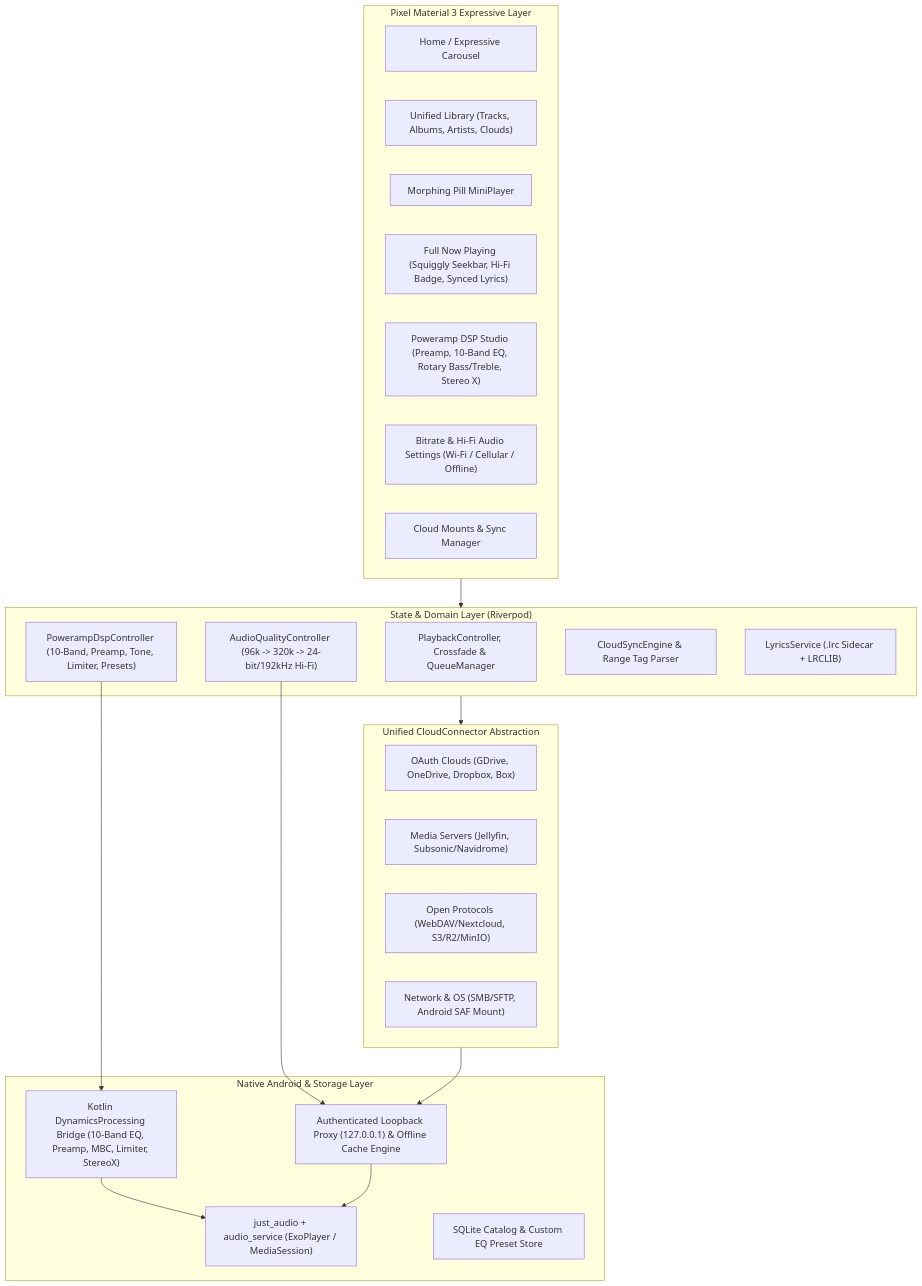
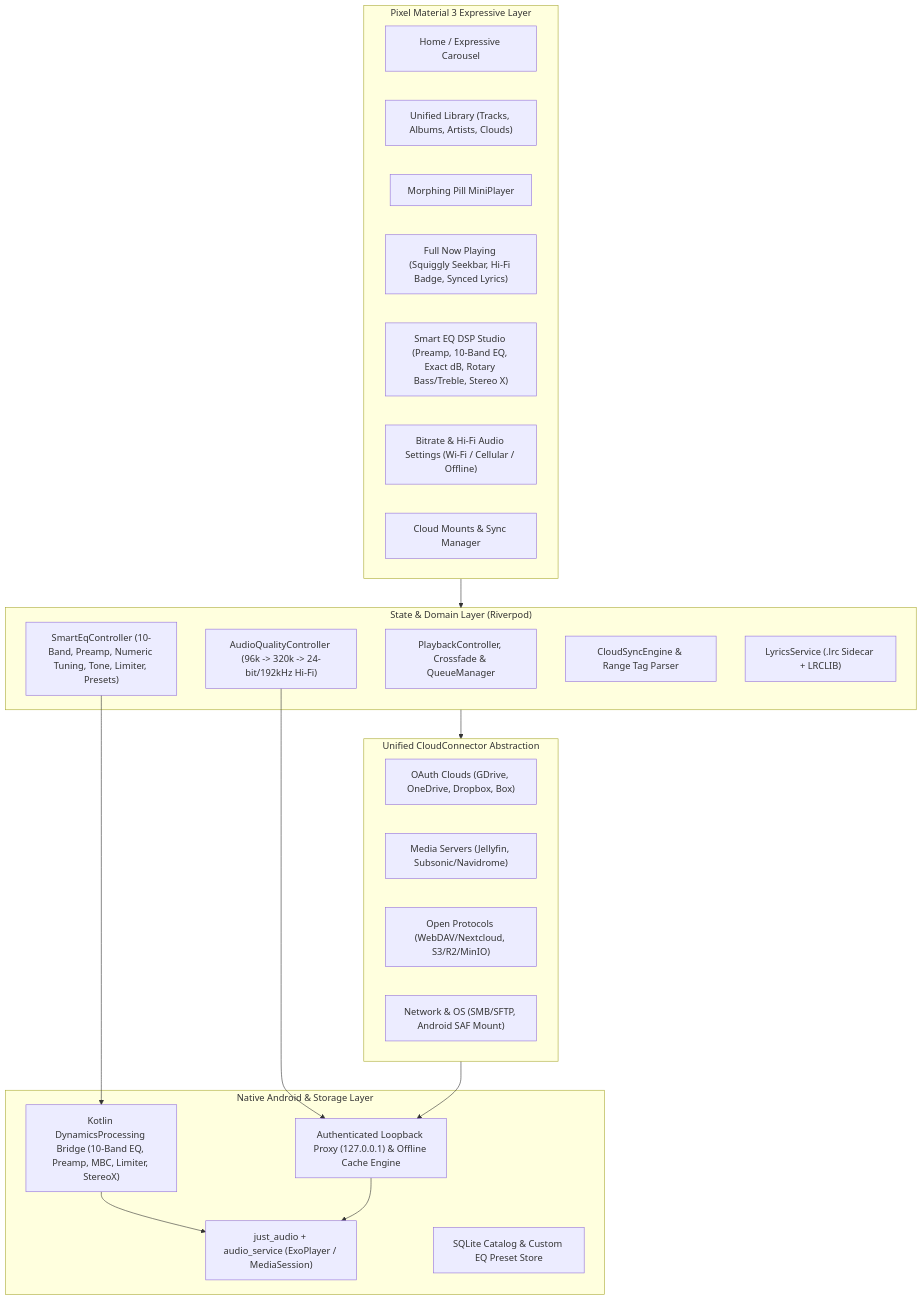
The first of 2 diagrams in EXECUTION_DOCUMENTATION.md (D3MONOXXIZZ/FreeBeat), drawn with Mermaid before and after one commit. The commit also changed other lines of this file and 21 other files, not shown here.

Commit message:
feat(smart-eq): fix preset selection visual bug, activate bass boost, rename Poweramp to Smart EQ, and add exact numeric tuning

````diff
--- a/EXECUTION_DOCUMENTATION.md
+++ b/EXECUTION_DOCUMENTATION.md
@@ -39,42 +39,42 @@
 ```mermaid
 flowchart TD
     subgraph UI["Pixel Material 3 Expressive Layer"]
         Home["Home / Expressive Carousel"]
         Lib["Unified Library (Tracks, Albums, Artists, Clouds)"]
         Mini["Morphing Pill MiniPlayer"]
         NowPlaying["Full Now Playing (Squiggly Seekbar, Hi-Fi Badge, Synced Lyrics)"]
-        PowerampEQ["Poweramp DSP Studio (Preamp, 10-Band EQ, Rotary Bass/Treble, Stereo X)"]
+        SmartEQ["Smart EQ DSP Studio (Preamp, 10-Band EQ, Exact dB, Rotary Bass/Treble, Stereo X)"]
         QualitySheet["Bitrate & Hi-Fi Audio Settings (Wi-Fi / Cellular / Offline)"]
         Accounts["Cloud Mounts & Sync Manager"]
     end
 
     subgraph State["State & Domain Layer (Riverpod)"]
         AudioCtrl["PlaybackController, Crossfade & QueueManager"]
-        DspCtrl["PowerampDspController (10-Band, Preamp, Tone, Limiter, Presets)"]
+        DspCtrl["SmartEqController (10-Band, Preamp, Numeric Tuning, Tone, Limiter, Presets)"]
         BitrateCtrl["AudioQualityController (96k -> 320k -> 24-bit/192kHz Hi-Fi)"]
         SyncEngine["CloudSyncEngine & Range Tag Parser"]
         LyricsSvc["LyricsService (.lrc Sidecar + LRCLIB)"]
     end
 
     subgraph Connectors["Unified CloudConnector Abstraction"]
         OAuth["OAuth Clouds (GDrive, OneDrive, Dropbox, Box)"]
         MediaSrv["Media Servers (Jellyfin, Subsonic/Navidrome)"]
         OpenProto["Open Protocols (WebDAV/Nextcloud, S3/R2/MinIO)"]
         LocalNet["Network & OS (SMB/SFTP, Android SAF Mount)"]
     end
 
     subgraph Core["Native Android & Storage Layer"]
         JustAudio["just_audio + audio_service (ExoPlayer / MediaSession)"]
         NativeDsp["Kotlin DynamicsProcessing Bridge (10-Band EQ, Preamp, MBC, Limiter, StereoX)"]
         StreamProxy["Authenticated Loopback Proxy (127.0.0.1) & Offline Cache Engine"]
         DriftDB["SQLite Catalog & Custom EQ Preset Store"]
     end
 
     UI --> State
     State --> Connectors
     DspCtrl --> NativeDsp
     NativeDsp --> JustAudio
     BitrateCtrl --> StreamProxy
     Connectors --> StreamProxy
     StreamProxy --> JustAudio
 ```
````
